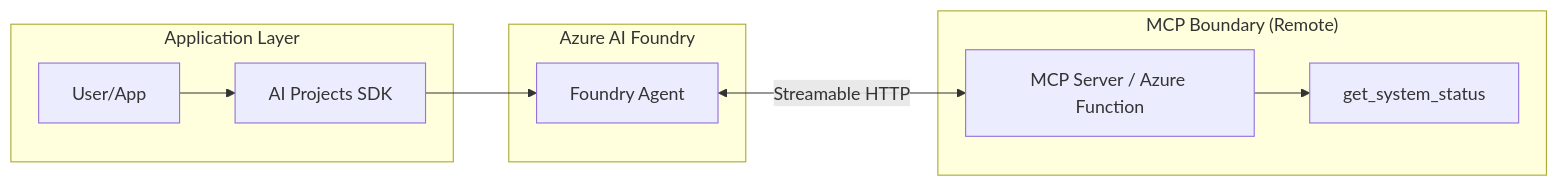
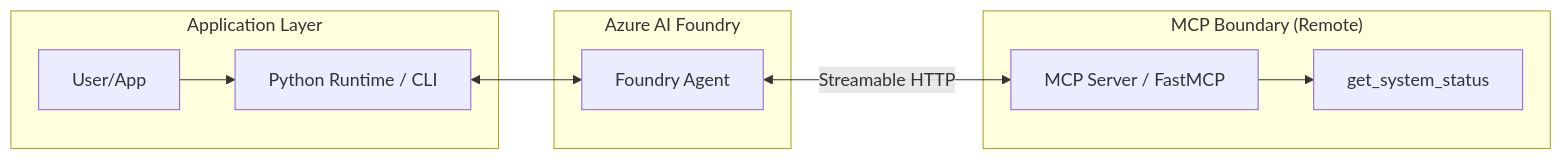
The diagram in solutions/foundry-agent-with-mcp/README.md (wildersa/azure_ref_kit), drawn with Mermaid before and after one commit. The commit also changed other lines of this file and 10 other files, not shown here.

First line of the commit message:
[AGENT-003-RUNTIME] Implement Foundry agent with MCP runtime (#210)

````diff
--- a/solutions/foundry-agent-with-mcp/README.md
+++ b/solutions/foundry-agent-with-mcp/README.md
@@ -13,21 +13,21 @@
 ```mermaid
 flowchart LR
     subgraph "Application Layer"
         User[User/App]
-        SDK[AI Projects SDK]
+        Runtime[Python Runtime / CLI]
     end
 
     subgraph "Azure AI Foundry"
         Agent[Foundry Agent]
     end
 
     subgraph "MCP Boundary (Remote)"
-        MCP_Server[MCP Server / Azure Function]
+        MCP_Server[MCP Server / FastMCP]
         Tool[get_system_status]
     end
 
-    User --> SDK
-    SDK --> Agent
+    User --> Runtime
+    Runtime <--> Agent
     Agent <-->|Streamable HTTP| MCP_Server
     MCP_Server --> Tool
 ```
````
